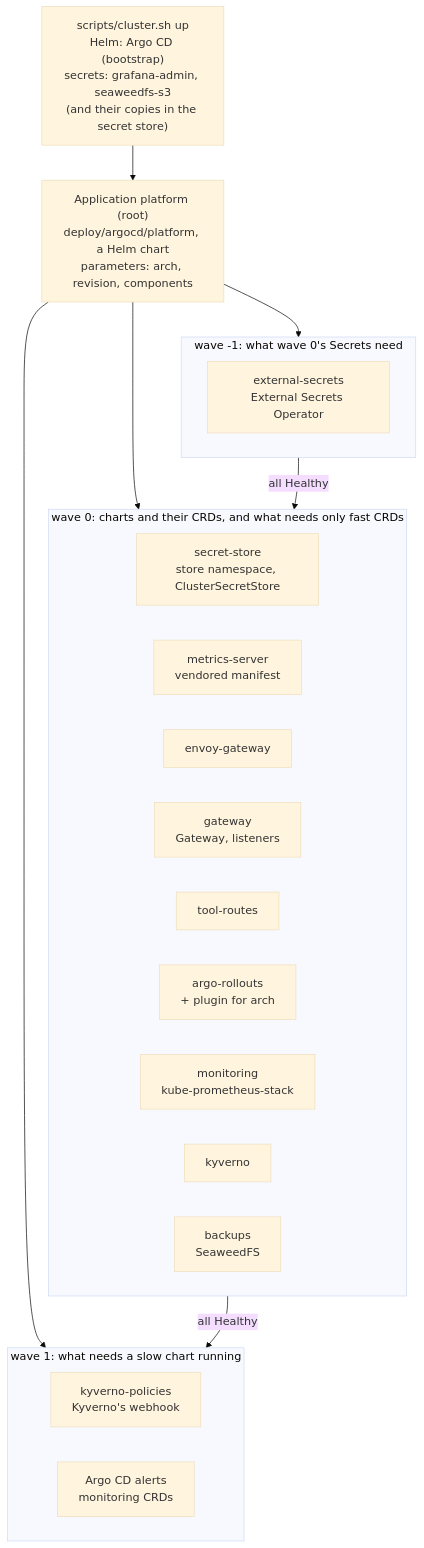
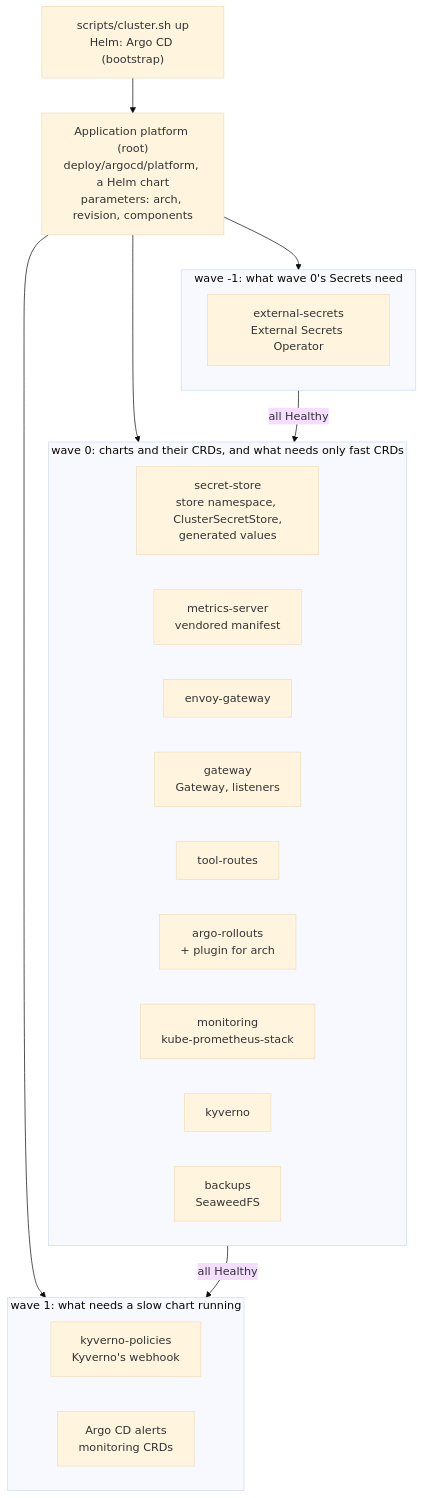
One commit to easypeasyops/links changed the tenth of 10 diagrams in docs/DESIGN.md. Above: the diagram before and after it, drawn with Mermaid (base theme). The commit also changed other lines of this file and 3 other files, not shown here.

Commit message:
platform.lock: the platform's secrets come from the store (platform 4.1b) (#108)

````diff
--- a/docs/DESIGN.md
+++ b/docs/DESIGN.md
@@ -895,30 +895,30 @@
 ```mermaid
 flowchart TB
-  CS["scripts/cluster.sh up<br/>Helm: Argo CD (bootstrap)<br/>secrets: grafana-admin, seaweedfs-s3<br/>(and their copies in the secret store)"] --> Root
+  CS["scripts/cluster.sh up<br/>Helm: Argo CD (bootstrap)"] --> Root
   Root["Application platform (root)<br/>deploy/argocd/platform, a Helm chart<br/>parameters: arch, revision, components"]
   Root --> WB
   Root --> W0
   Root --> W1
   subgraph WB["wave -1: what wave 0's Secrets need"]
     ES[external-secrets<br/>External Secrets Operator]
   end
   subgraph W0["wave 0: charts and their CRDs, and what needs only fast CRDs"]
     direction LR
-    SS[secret-store<br/>store namespace, ClusterSecretStore]
+    SS[secret-store<br/>store namespace, ClusterSecretStore,<br/>generated values]
     MS[metrics-server<br/>vendored manifest]
     EG[envoy-gateway]
     GW[gateway<br/>Gateway, listeners]
     TR[tool-routes]
     AR[argo-rollouts<br/>+ plugin for arch]
     KPS[monitoring<br/>kube-prometheus-stack]
     KY[kyverno]
     BK[backups<br/>SeaweedFS]
   end
   subgraph W1["wave 1: what needs a slow chart running"]
     direction LR
     KP[kyverno-policies<br/>Kyverno's webhook]
     AM[Argo CD alerts<br/>monitoring CRDs]
   end
   WB -->|"all Healthy"| W0
   W0 -->|"all Healthy"| W1
 ```
````
